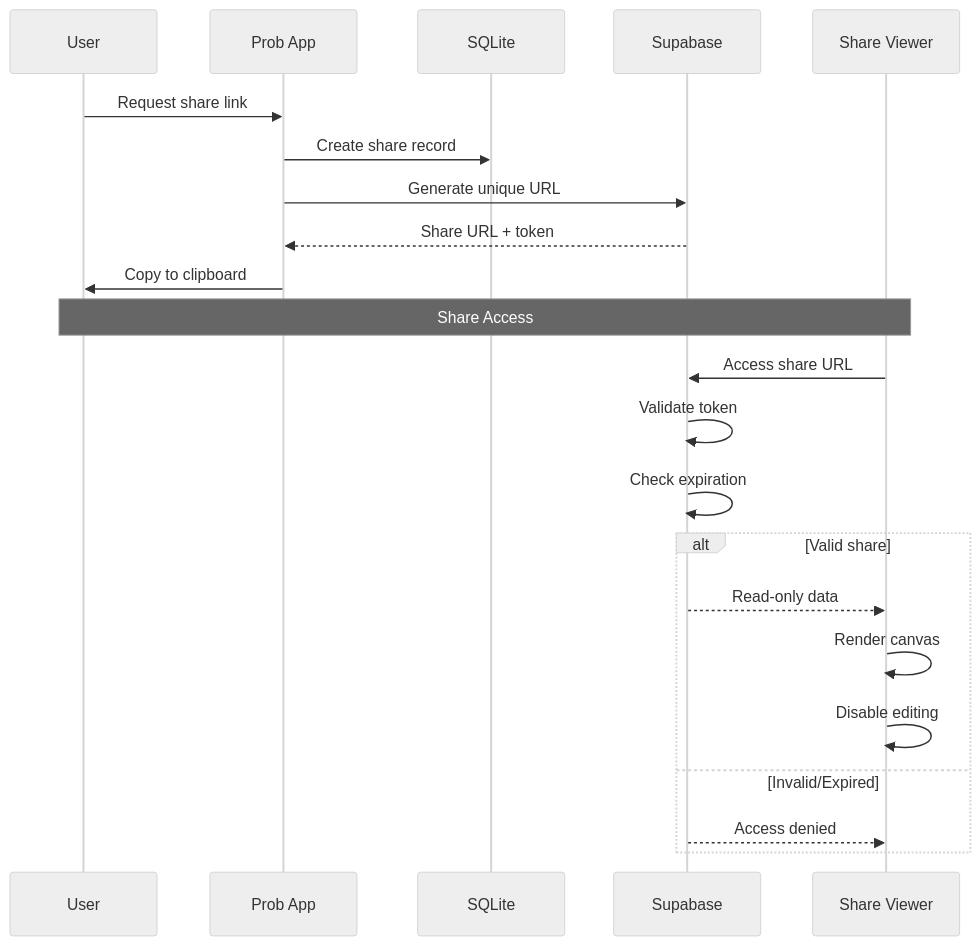
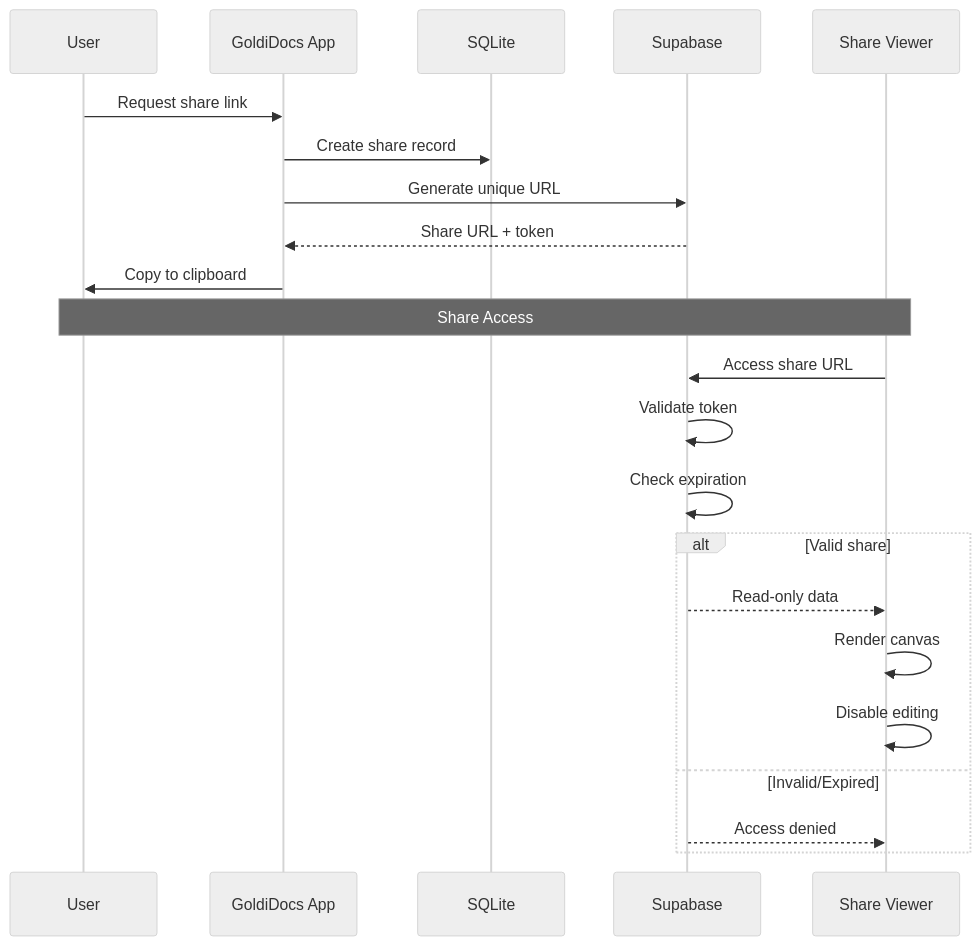
Before and after one commit to hutchutchutch/prob: diagram 20 of 24 in archive/data_flow_diagram/data_flow_diagram_2.md, drawn with Mermaid (neutral theme). The commit also changed other lines of this file and 22 other files, not shown here.

````diff
--- a/archive/data_flow_diagram/data_flow_diagram_2.md
+++ b/archive/data_flow_diagram/data_flow_diagram_2.md
@@ -789,28 +789,28 @@
 ```mermaid
 sequenceDiagram
     participant User as User
-    participant App as Prob App
+    participant App as GoldiDocs App
     participant DB as SQLite
     participant Supa as Supabase
     participant Viewer as Share Viewer
     
     User->>App: Request share link
     App->>DB: Create share record
     App->>Supa: Generate unique URL
     Supa-->>App: Share URL + token
     App->>User: Copy to clipboard
     
     Note over User,Viewer: Share Access
     
     Viewer->>Supa: Access share URL
     Supa->>Supa: Validate token
     Supa->>Supa: Check expiration
     
     alt Valid share
         Supa-->>Viewer: Read-only data
         Viewer->>Viewer: Render canvas
         Viewer->>Viewer: Disable editing
     else Invalid/Expired
         Supa-->>Viewer: Access denied
     end
 ```
````
